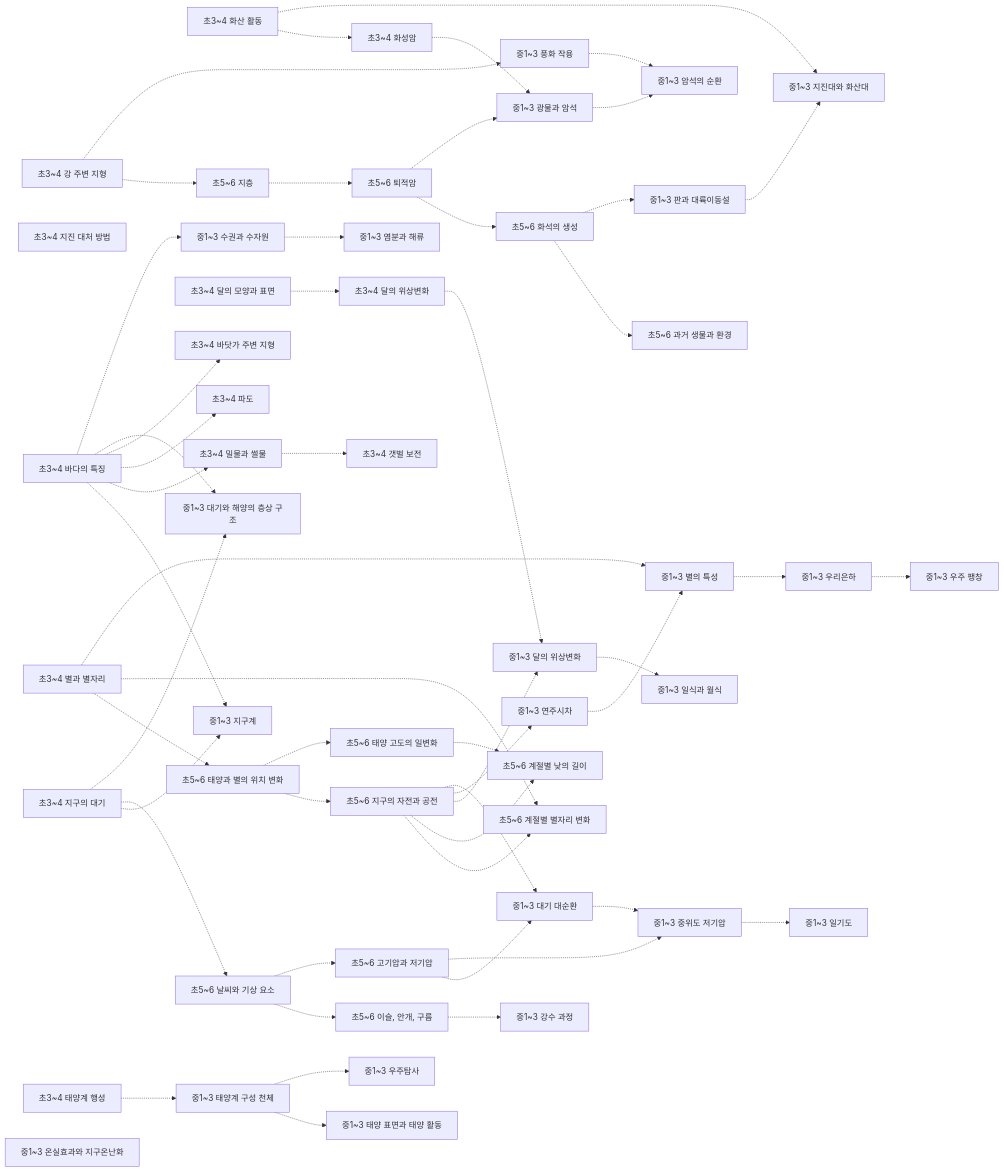
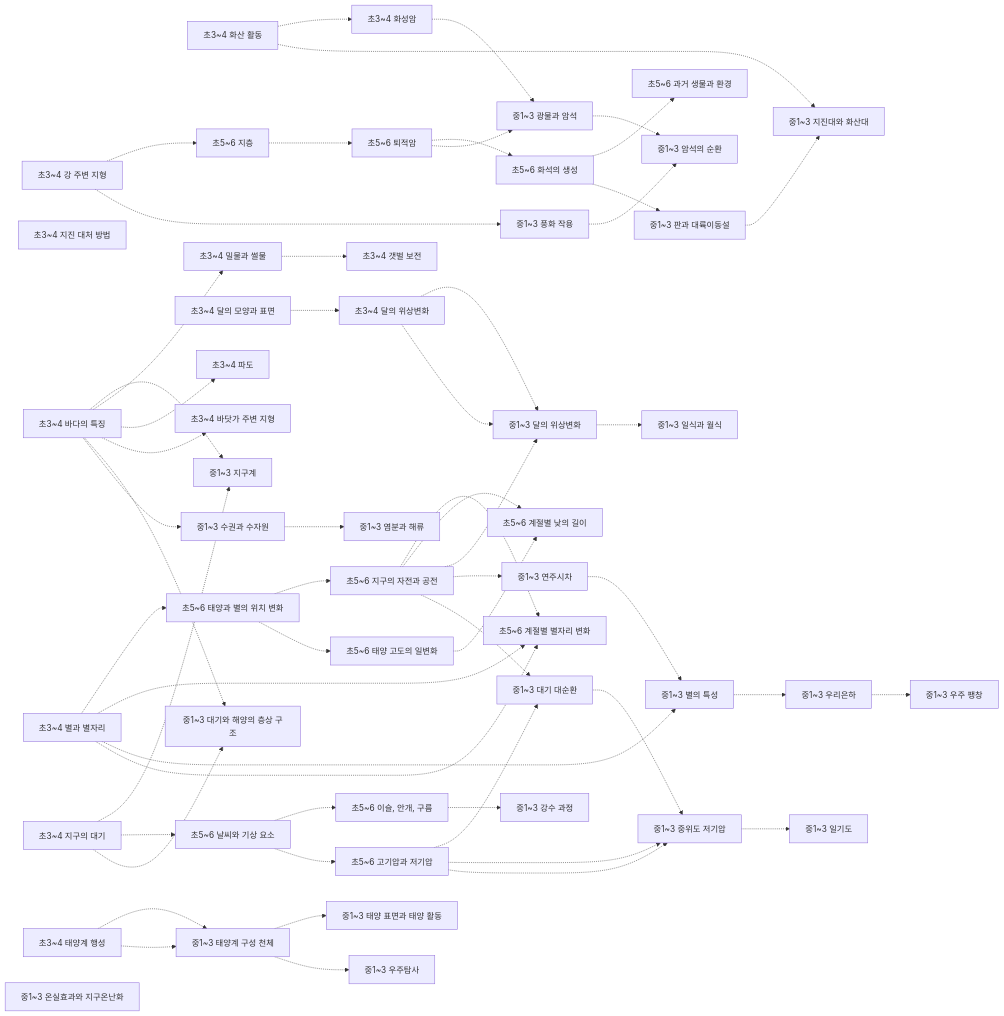
One commit to jalnanco/korea-learning-map changed the fourth of 5 diagrams in docs/과학-개념-지도.md. Above: the diagram before and after it, drawn with Mermaid. The commit also changed other lines of this file and 31 other files, not shown here.

````diff
--- a/docs/과학-개념-지도.md
+++ b/docs/과학-개념-지도.md
@@ -1616,4 +1652,8 @@
   n46 -.-> n47
   n40 -.-> n48
   n22 -.-> n36
+  n11 -.-> n42
+  n20 -.-> n38
+  n13 -.-> n23
+  n12 -.-> n40
 ```
````
